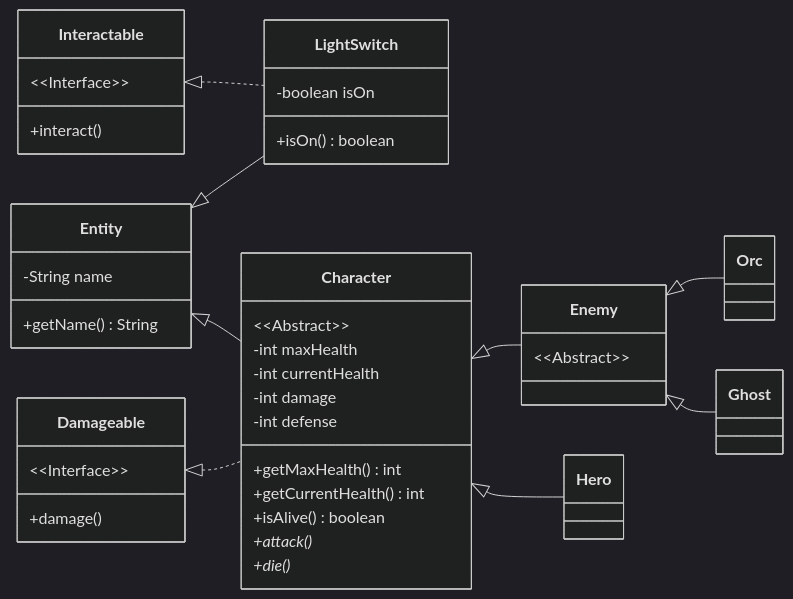
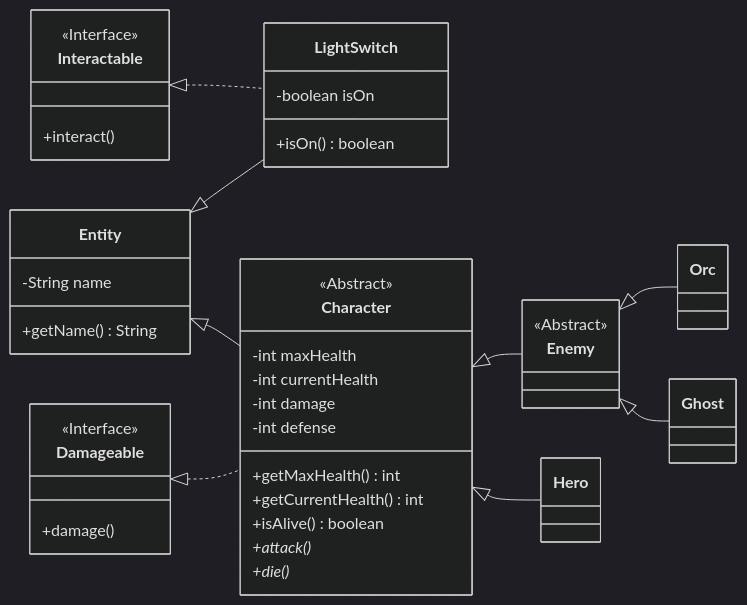
The seventh of 7 diagrams in lezioni/2-Programmare in Java/README.md (TendTo/Tutorato-Ingegneria-del-Software), drawn with Mermaid (dark theme) before and after one commit. The commit also changed 1 other file, not shown here.

Commit message:
feat(esercizi): add exercise

````diff
--- a/lezioni/2-Programmare in Java/README.md
+++ b/lezioni/2-Programmare in Java/README.md
@@ -302,48 +302,48 @@
 ```mermaid
 classDiagram
 direction LR
 
 class Interactable{
-    &lt;&lt;Interface&gt;&gt;
+    <<Interface>>
     +interact()
 }
 class Damageable{
-    &lt;&lt;Interface&gt;&gt;
+    <<Interface>>
     +damage()
 }
 class Entity{
     -String name
     +getName() String
 }
 class LightSwitch{
     -boolean isOn
     +isOn() boolean
 }
 class Character{
-    &lt;&lt;Abstract&gt;&gt;
+    <<Abstract>>
     -int maxHealth
     -int currentHealth
     -int damage
     -int defense
     +getMaxHealth() int
     +getCurrentHealth() int
     +isAlive() boolean
     +attack()*
     +die()*
 }
 class Hero
 class Enemy {
-    &lt;&lt;Abstract&gt;&gt;
+    <<Abstract>>
 }
 class Orc
 class Ghost
 
 Entity <|-- LightSwitch
 Entity <|-- Character
 Interactable <|.. LightSwitch
 Damageable <|.. Character
 Character <|-- Enemy
 Character <|-- Hero
 Enemy <|-- Orc
 Enemy <|-- Ghost
 ```
````
